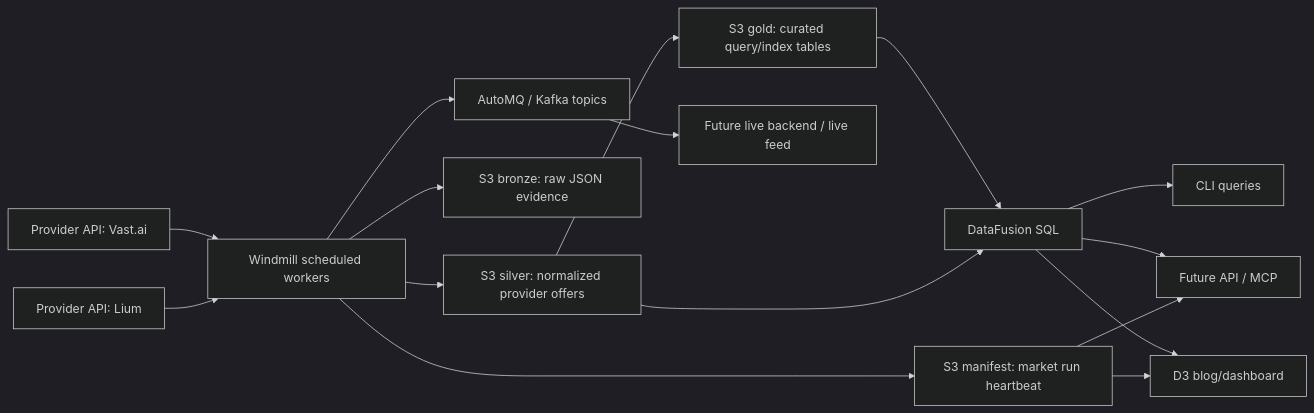
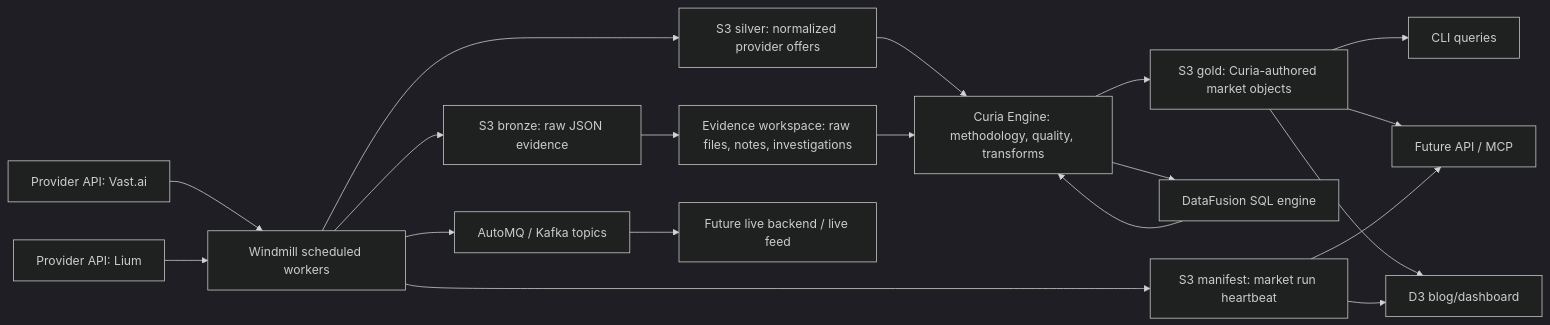
The diagram in docs/architecture.md (gustofied/the-compute-bazaar), drawn with Mermaid (dark theme) before and after one commit. The commit also changed other lines of this file and 25 other files, not shown here.

````diff
--- a/docs/architecture.md
+++ b/docs/architecture.md
@@ -6,21 +7,24 @@
 ```mermaid
 flowchart LR
   Vast["Provider API: Vast.ai"] --> Windmill["Windmill scheduled workers"]
   Lium["Provider API: Lium"] --> Windmill
 
   Windmill --> AutoMQ["AutoMQ / Kafka topics"]
   Windmill --> Bronze["S3 bronze: raw JSON evidence"]
   Windmill --> Silver["S3 silver: normalized provider offers"]
   Windmill --> MarketRun["S3 manifest: market run heartbeat"]
 
-  Silver --> Gold["S3 gold: curated query/index tables"]
-  Gold --> DataFusion["DataFusion SQL"]
-  Silver --> DataFusion
+  Silver --> Curia["Curia Engine: methodology, quality, transforms"]
+  Curia --> DataFusion["DataFusion SQL engine"]
+  DataFusion --> Curia
+  Curia --> Gold["S3 gold: Curia-authored market objects"]
+  Bronze --> Workspace["Evidence workspace: raw files, notes, investigations"]
+  Workspace --> Curia
 
-  DataFusion --> CLI["CLI queries"]
-  DataFusion --> API["Future API / MCP"]
-  DataFusion --> Dashboard["D3 blog/dashboard"]
+  Gold --> CLI["CLI queries"]
+  Gold --> API["Future API / MCP"]
+  Gold --> Dashboard["D3 blog/dashboard"]
   MarketRun --> Dashboard
   MarketRun --> API
   AutoMQ --> Live["Future live backend / live feed"]
 ```
````
